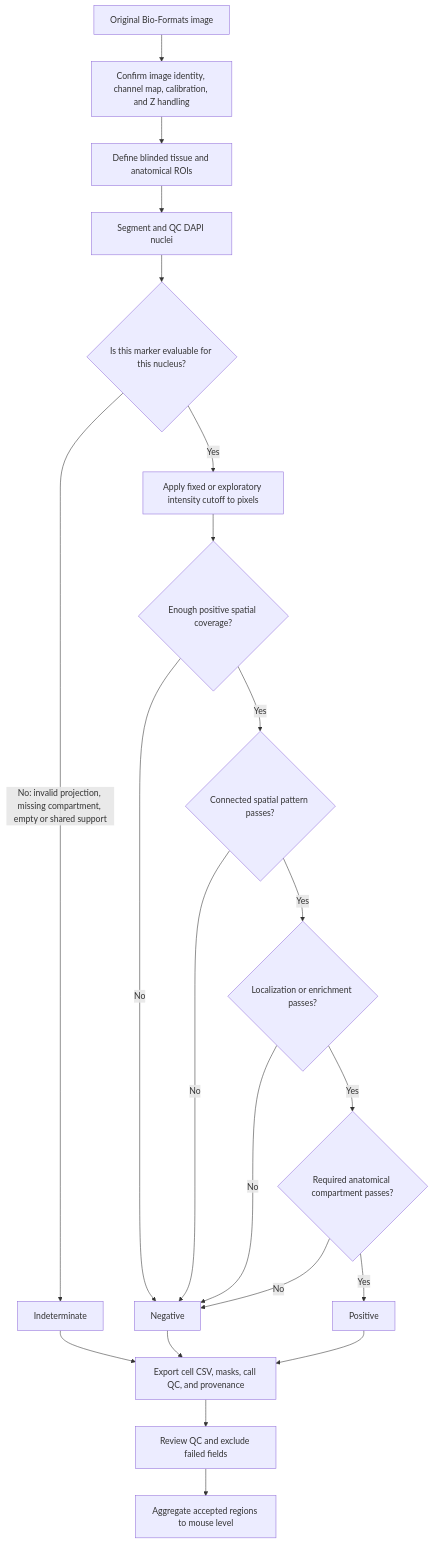
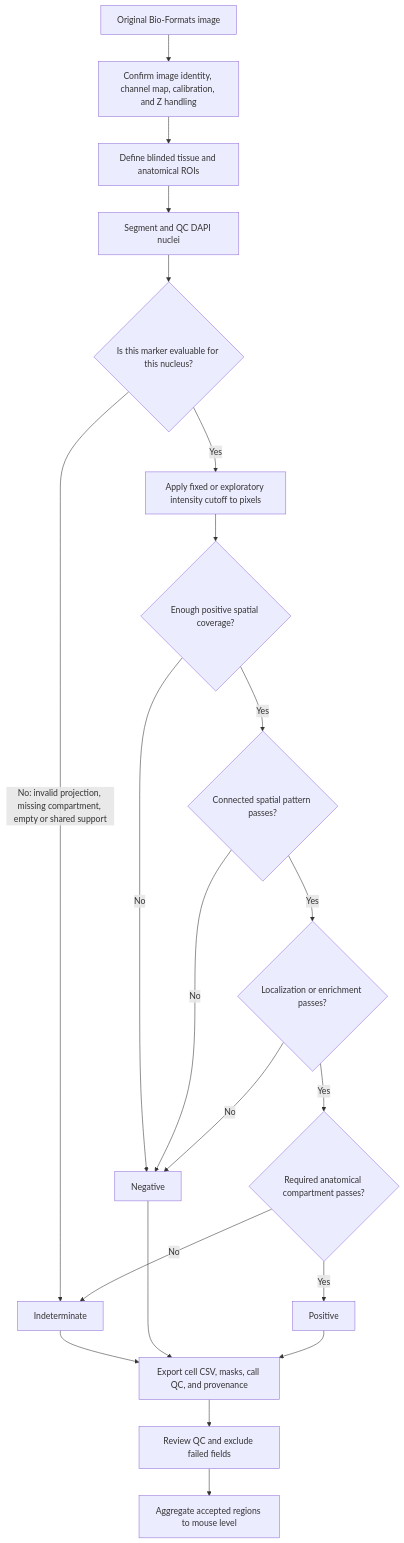
Before and after one commit to xorca0711/Fiji_ImageJ_Cell_Counting: the diagram in WORKFLOW.md, drawn with Mermaid. The commit also changed other lines of this file and 6 other files, not shown here.

````diff
--- a/WORKFLOW.md
+++ b/WORKFLOW.md
@@ -53,23 +67,23 @@
 ```mermaid
 flowchart TD
     A[Original Bio-Formats image] --> B[Confirm image identity, channel map, calibration, and Z handling]
     B --> C[Define blinded tissue and anatomical ROIs]
     C --> D[Segment and QC DAPI nuclei]
     D --> E{Is this marker evaluable for this nucleus?}
     E -- No: invalid projection, missing compartment, empty or shared support --> F[Indeterminate]
     E -- Yes --> G[Apply fixed or exploratory intensity cutoff to pixels]
     G --> H{Enough positive spatial coverage?}
     H -- No --> I[Negative]
     H -- Yes --> J{Connected spatial pattern passes?}
     J -- No --> I
     J -- Yes --> K{Localization or enrichment passes?}
     K -- No --> I
     K -- Yes --> L{Required anatomical compartment passes?}
-    L -- No --> I
+    L -- No --> F
     L -- Yes --> M[Positive]
     F --> N[Export cell CSV, masks, call QC, and provenance]
     I --> N
     M --> N
     N --> O[Review QC and exclude failed fields]
     O --> P[Aggregate accepted regions to mouse level]
 ```
````
